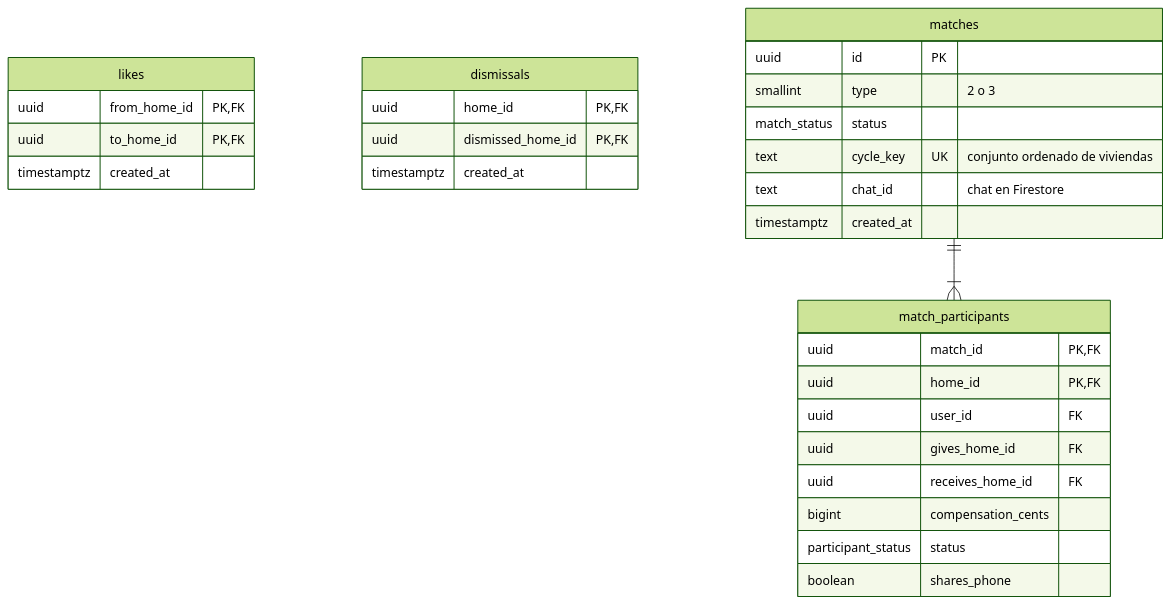
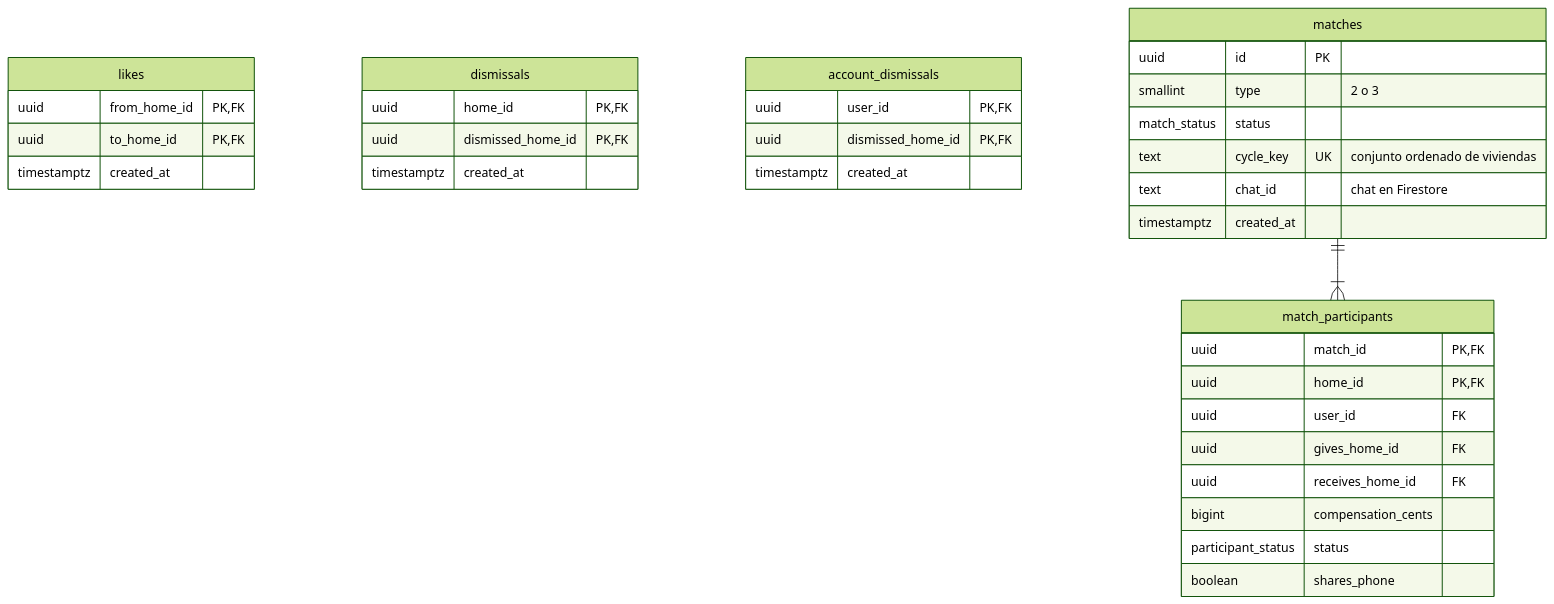
One commit to lcasadov/ChangeHouse changed the third of 4 diagrams in docs/datamodel.md. Above: the diagram before and after it, drawn with Mermaid (forest theme). The commit also changed other lines of this file and 43 other files, not shown here.

````diff
--- a/docs/datamodel.md
+++ b/docs/datamodel.md
@@ -126,32 +128,37 @@
 ```mermaid
 erDiagram
     likes {
         uuid from_home_id PK,FK
         uuid to_home_id PK,FK
         timestamptz created_at
     }
     dismissals {
         uuid home_id PK,FK
+        uuid dismissed_home_id PK,FK
+        timestamptz created_at
+    }
+    account_dismissals {
+        uuid user_id PK,FK
         uuid dismissed_home_id PK,FK
         timestamptz created_at
     }
     matches {
         uuid id PK
         smallint type "2 o 3"
         match_status status
         text cycle_key UK "conjunto ordenado de viviendas"
         text chat_id "chat en Firestore"
         timestamptz created_at
     }
     match_participants {
         uuid match_id PK,FK
         uuid home_id PK,FK
         uuid user_id FK
         uuid gives_home_id FK
         uuid receives_home_id FK
         bigint compensation_cents
         participant_status status
         boolean shares_phone
     }
     matches ||--|{ match_participants : ""
 ```
````
